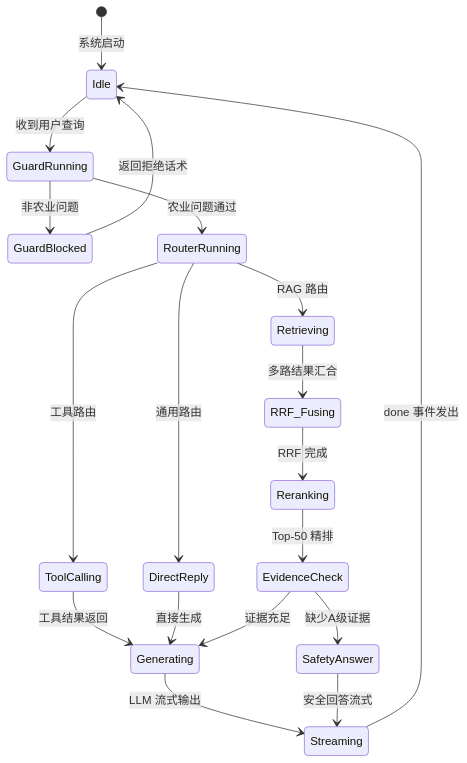
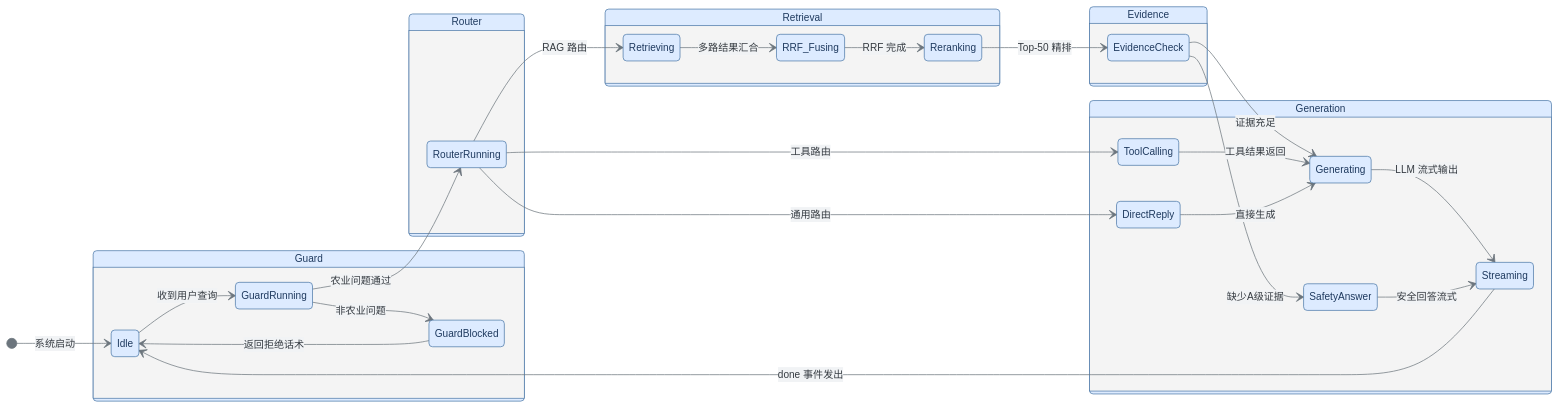
Before and after one commit to 1byteone/interview-note: the fourth of 4 diagrams in 4-interview/projects/agri-qa-assistant/项目速记卡.md, drawn with Mermaid. The commit also changed other lines of this file and 5 other files, not shown here.

First line of the commit message:
style(mermaid): 统一 Mermaid 专业样式体系与语义规范

````diff
--- a/4-interview/projects/agri-qa-assistant/项目速记卡.md
+++ b/4-interview/projects/agri-qa-assistant/项目速记卡.md
@@ -282,21 +314,40 @@
 ```mermaid
+%%{init: {"theme": "base", "fontFamily": "Arial, Microsoft YaHei, sans-serif", "fontSize": 14, "themeVariables": {"fontFamily": "Arial, Microsoft YaHei, sans-serif", "fontSize": "14px", "textColor": "#343A40", "lineColor": "#6C757D", "primaryColor": "#DDEBFF", "primaryBorderColor": "#4C78A8", "primaryTextColor": "#1F3A5F", "secondaryColor": "#F1F3F5", "tertiaryColor": "#F8F9FA"}}}%%
 stateDiagram-v2
+    direction LR
     [*] --> Idle: 系统启动
-    Idle --> GuardRunning: 收到用户查询
-    GuardRunning --> GuardBlocked: 非农业问题
-    GuardRunning --> RouterRunning: 农业问题通过
-    GuardBlocked --> Idle: 返回拒绝话术
-    RouterRunning --> Retrieving: RAG 路由
-    RouterRunning --> ToolCalling: 工具路由
-    RouterRunning --> DirectReply: 通用路由
-    Retrieving --> RRF_Fusing: 多路结果汇合
-    RRF_Fusing --> Reranking: RRF 完成
+
+    state Guard {
+        Idle --> GuardRunning: 收到用户查询
+        GuardRunning --> GuardBlocked: 非农业问题
+        GuardRunning --> RouterRunning: 农业问题通过
+        GuardBlocked --> Idle: 返回拒绝话术
+    }
+
+    state Router {
+        RouterRunning --> Retrieving: RAG 路由
+        RouterRunning --> ToolCalling: 工具路由
+        RouterRunning --> DirectReply: 通用路由
+    }
+
+    state Retrieval {
+        Retrieving --> RRF_Fusing: 多路结果汇合
+        RRF_Fusing --> Reranking: RRF 完成
+    }
+
     Reranking --> EvidenceCheck: Top-50 精排
-    ToolCalling --> Generating: 工具结果返回
-    DirectReply --> Generating: 直接生成
-    EvidenceCheck --> Generating: 证据充足
-    EvidenceCheck --> SafetyAnswer: 缺少A级证据
-    Generating --> Streaming: LLM 流式输出
-    SafetyAnswer --> Streaming: 安全回答流式
+
+    state Evidence {
+        EvidenceCheck --> Generating: 证据充足
+        EvidenceCheck --> SafetyAnswer: 缺少A级证据
+    }
+
+    state Generation {
+        ToolCalling --> Generating: 工具结果返回
+        DirectReply --> Generating: 直接生成
+        Generating --> Streaming: LLM 流式输出
+        SafetyAnswer --> Streaming: 安全回答流式
+    }
+
     Streaming --> Idle: done 事件发出
 ```
````
